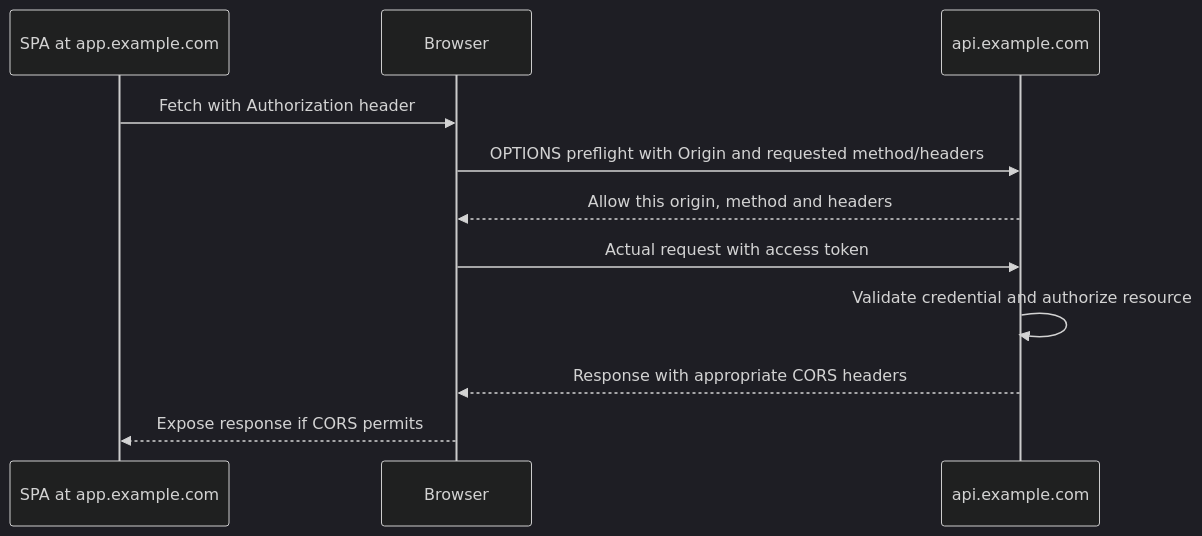
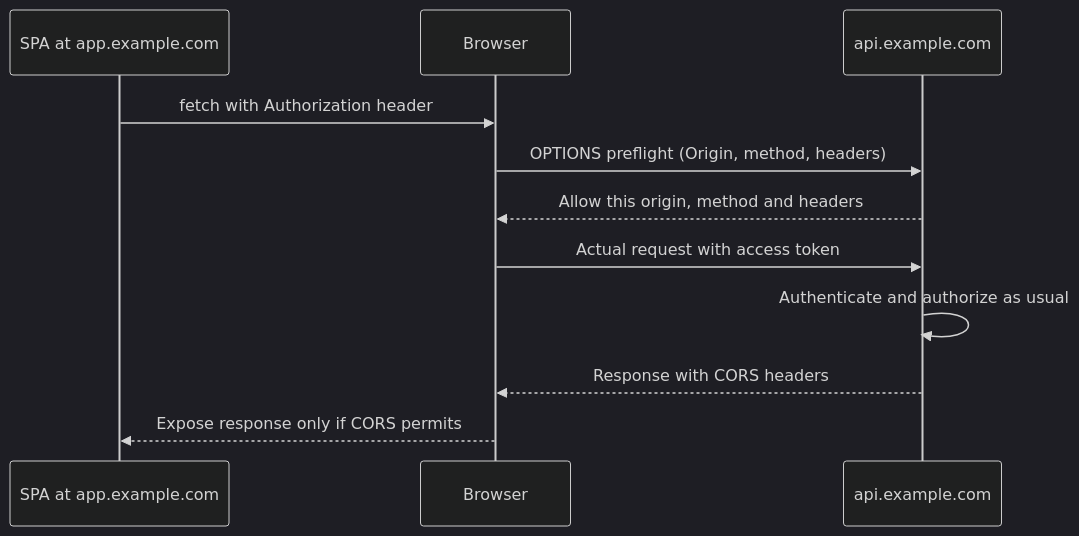
Diagram 13 of 15 in Authentication-Authorization-Patterns.md (guptanitesh-ng/study), drawn with Mermaid (dark theme) before and after one commit. The commit also changed other lines of this file and 2 other files, not shown here.

````diff
--- a/Authentication-Authorization-Patterns.md
+++ b/Authentication-Authorization-Patterns.md
@@ -497,13 +563,13 @@
 ```mermaid
 sequenceDiagram
     participant JS as SPA at app.example.com
     participant Browser
     participant API as api.example.com
-    JS->>Browser: Fetch with Authorization header
-    Browser->>API: OPTIONS preflight with Origin and requested method/headers
+    JS->>Browser: fetch with Authorization header
+    Browser->>API: OPTIONS preflight (Origin, method, headers)
     API-->>Browser: Allow this origin, method and headers
     Browser->>API: Actual request with access token
-    API->>API: Validate credential and authorize resource
-    API-->>Browser: Response with appropriate CORS headers
-    Browser-->>JS: Expose response if CORS permits
+    API->>API: Authenticate and authorize as usual
+    API-->>Browser: Response with CORS headers
+    Browser-->>JS: Expose response only if CORS permits
 ```
````
